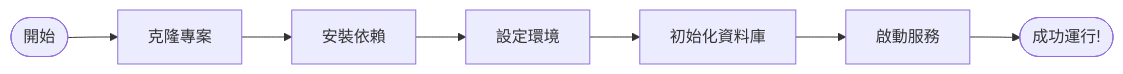
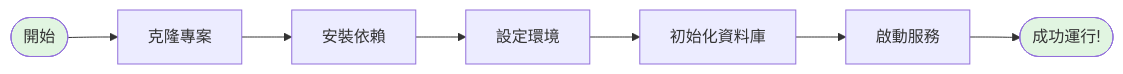
Before and after one commit to tboydar/service-booking-api: the second of 22 diagrams in README.md, drawn with Mermaid. The commit also changed other lines of this file and 11 other files, not shown here.

````diff
--- a/README.md
+++ b/README.md
@@ -120,10 +93,12 @@
 ```mermaid
 flowchart LR
     Start([開始]) --> Clone[克隆專案]
     Clone --> Install[安裝依賴]
     Install --> Config[設定環境]
     Config --> DB[初始化資料庫]
     DB --> Run[啟動服務]
     Run --> Success([成功運行!])
 
+    style Start fill:#e1f5e1
+    style Success fill:#e1f5e1
 ```
````
